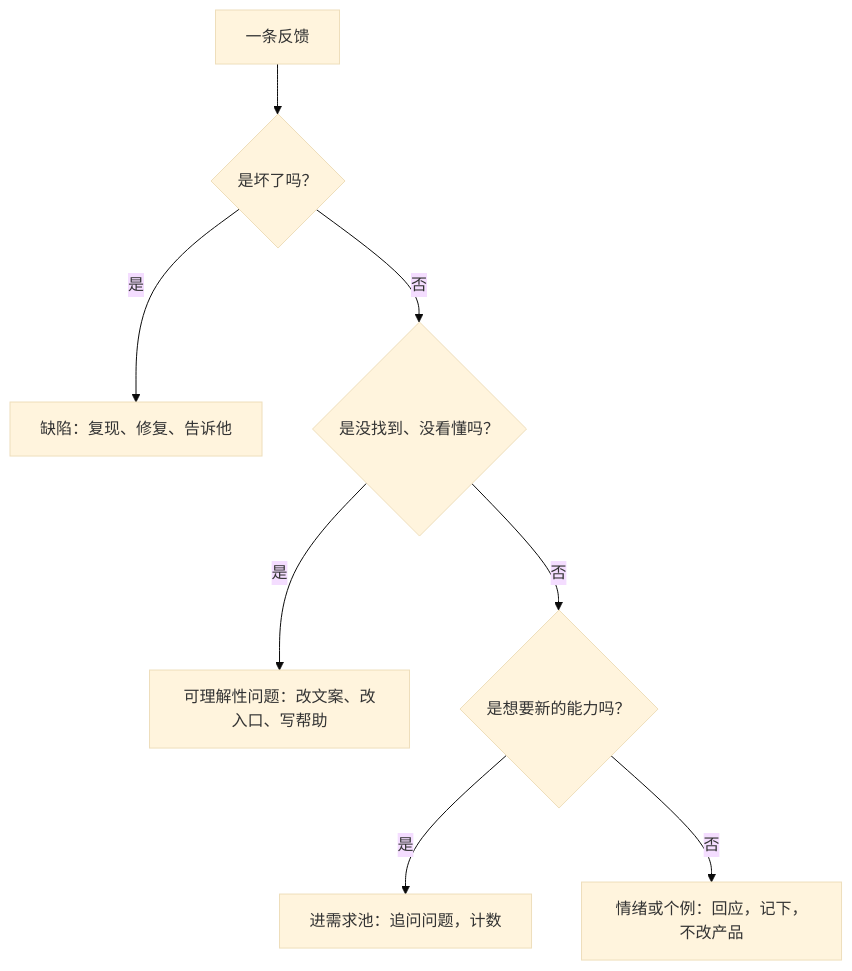
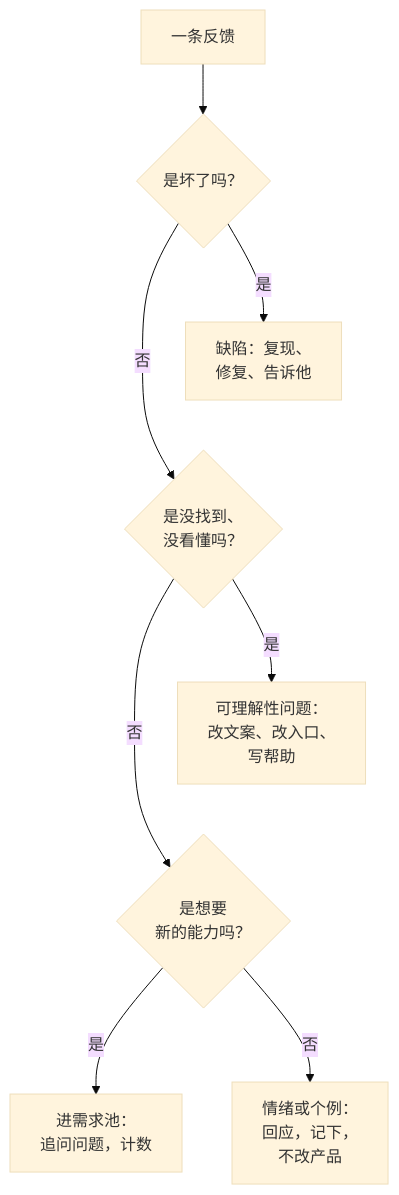
Before and after one commit to jarvis-pro/hatch-shelf: the second of 3 diagrams in books/product-thinking/08-feedback-to-iteration.md, drawn with Mermaid (base theme). The commit also changed other lines of this file and 432 other files, not shown here.

````diff
--- a/books/product-thinking/08-feedback-to-iteration.md
+++ b/books/product-thinking/08-feedback-to-iteration.md
@@ -48,10 +48,12 @@
 ```mermaid
 flowchart TD
   F["一条反馈"] --> Q1{"是坏了吗？"}
-  Q1 -->|"是"| BUG["缺陷：复现、修复、告诉他"]
-  Q1 -->|"否"| Q2{"是没找到、没看懂吗？"}
-  Q2 -->|"是"| UX["可理解性问题：改文案、改入口、写帮助"]
-  Q2 -->|"否"| Q3{"是想要新的能力吗？"}
-  Q3 -->|"是"| REQ["进需求池：追问问题，计数"]
-  Q3 -->|"否"| OTHER["情绪或个例：回应，记下，不改产品"]
+  Q1 -->|"是"| BUG["缺陷：复现、<br/>修复、告诉他"]
+  Q1 -->|"否"| Q2{"是没找到、<br/>没看懂吗？"}
+  Q2 -->|"是"| UX["可理解性问题：<br/>改文案、改入口、<br/>写帮助"]
+  Q2 -->|"否"| Q3{"是想要<br/>新的能力吗？"}
+  Q3 -->|"是"| REQ["进需求池：<br/>追问问题，计数"]
+  Q3 -->|"否"| OTHER["情绪或个例：<br/>回应，记下，<br/>不改产品"]
+  BUG ~~~ Q2
+  UX ~~~ Q3
 ```
````
